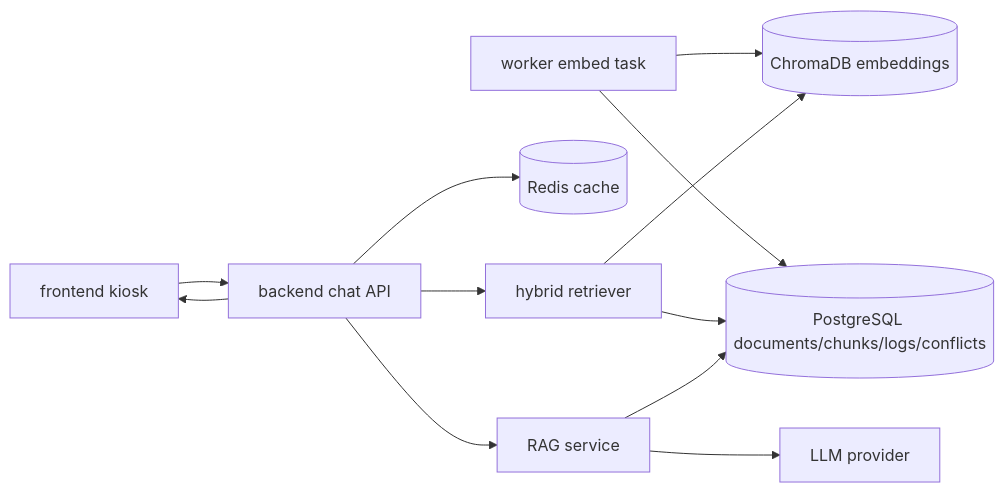
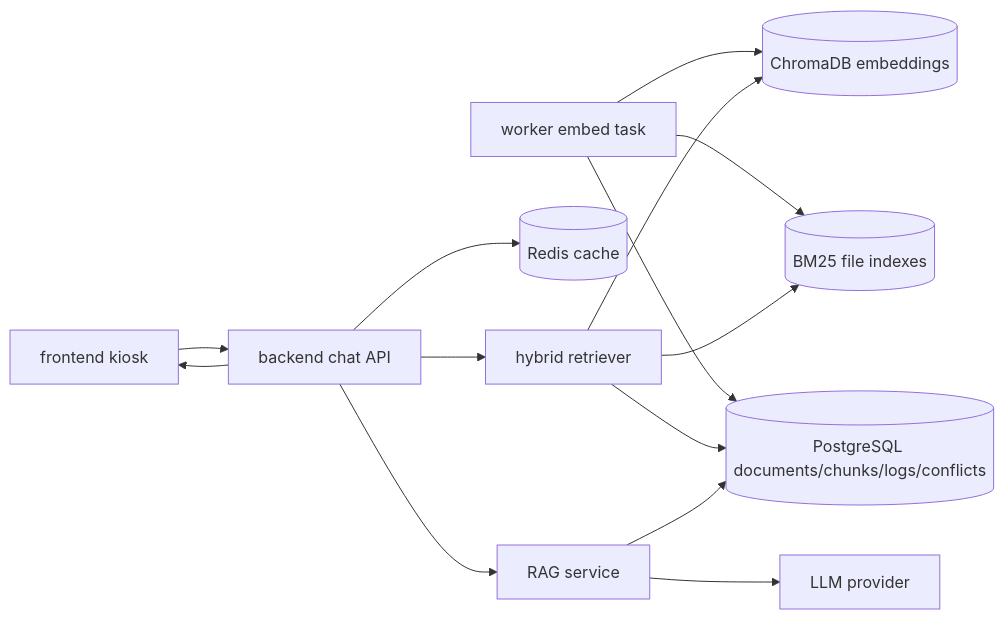
One commit to mur0327/campus-copilot changed the first of 3 diagrams in docs/superpowers/specs/2026-05-06-phase-4-indexing-search-rag-design.md. Above: the diagram before and after it, drawn with Mermaid. The commit also changed other lines of this file and 3 other files, not shown here.

````diff
--- a/docs/superpowers/specs/2026-05-06-phase-4-indexing-search-rag-design.md
+++ b/docs/superpowers/specs/2026-05-06-phase-4-indexing-search-rag-design.md
@@ -97,24 +97,27 @@
 ```mermaid
 flowchart LR
     WK["worker embed task"]
     PG[("PostgreSQL documents/chunks/logs/conflicts")]
     CH[("ChromaDB embeddings")]
+    BM[("BM25 file indexes")]
     RD[("Redis cache")]
     FE["frontend kiosk"]
     API["backend chat API"]
     RET["hybrid retriever"]
     RAG["RAG service"]
     LLM["LLM provider"]
 
     WK --> PG
     WK --> CH
+    WK --> BM
     FE --> API
     API --> RD
     API --> RET
     RET --> CH
+    RET --> BM
     RET --> PG
     API --> RAG
     RAG --> LLM
     RAG --> PG
     API --> FE
 ```
````
